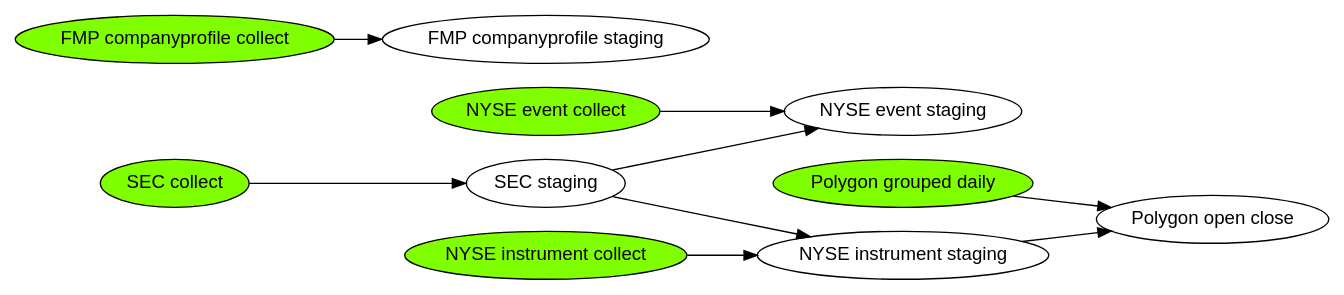
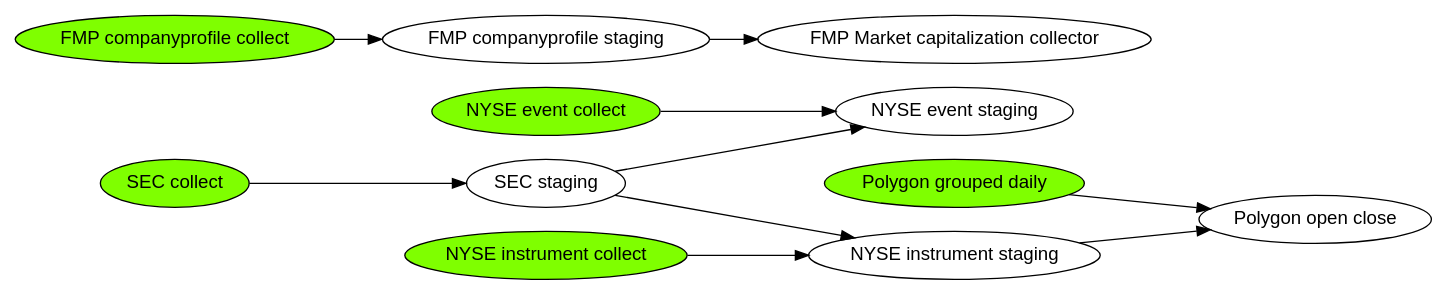
Before and after one commit to dtrosien/data-collector: the diagram in documentation/dependencies.dot, drawn with Graphviz. The commit also changed 16 other files, not shown here.

Commit message:
Add market capitalization collector (#61)

```diff
--- a/documentation/dependencies.dot
+++ b/documentation/dependencies.dot
@@ -1,26 +1,28 @@
 digraph regexp { 
  fontname="Helvetica,Arial,sans-serif"
  node [fontname="Helvetica,Arial,sans-serif"]
  rankdir="LR";
  NyseEventsCollect      [label="NYSE event collect", style=filled, fillcolor=chartreuse];
  n1                     [label="NYSE event staging"];
  NyseInstrumentsCollect [label="NYSE instrument collect", style=filled, fillcolor=chartreuse];
  NyseInstrumentsStage   [label="NYSE instrument staging"];
  SecCompaniesCollect    [label="SEC collect", style=filled, fillcolor=chartreuse];
  SecCompaniesStage      [label="SEC staging"];
  PolygonGroupedDaily    [label="Polygon grouped daily", style=filled, fillcolor=chartreuse];
  PolygonOpenClose       [label="Polygon open close"];
  FinmodCompanyProfile   [label="FMP companyprofile collect" style=filled, fillcolor=chartreuse];
  FinmodCompanyProfileStage   [label="FMP companyprofile staging"];
+ FinmodCompanyMarketCap [label="FMP Market capitalization collector"]
 
  NyseEventsCollect -> n1
  NyseInstrumentsCollect -> NyseInstrumentsStage
  SecCompaniesCollect -> SecCompaniesStage
  SecCompaniesStage -> NyseInstrumentsStage
  SecCompaniesStage -> n1
  PolygonGroupedDaily -> PolygonOpenClose
  NyseInstrumentsStage -> PolygonOpenClose
  FinmodCompanyProfile -> FinmodCompanyProfileStage
+ FinmodCompanyProfileStage -> FinmodCompanyMarketCap
  }
 //sudo apt install graphviz
 //dot -Tsvg dependencies.dot > output.svg
```
